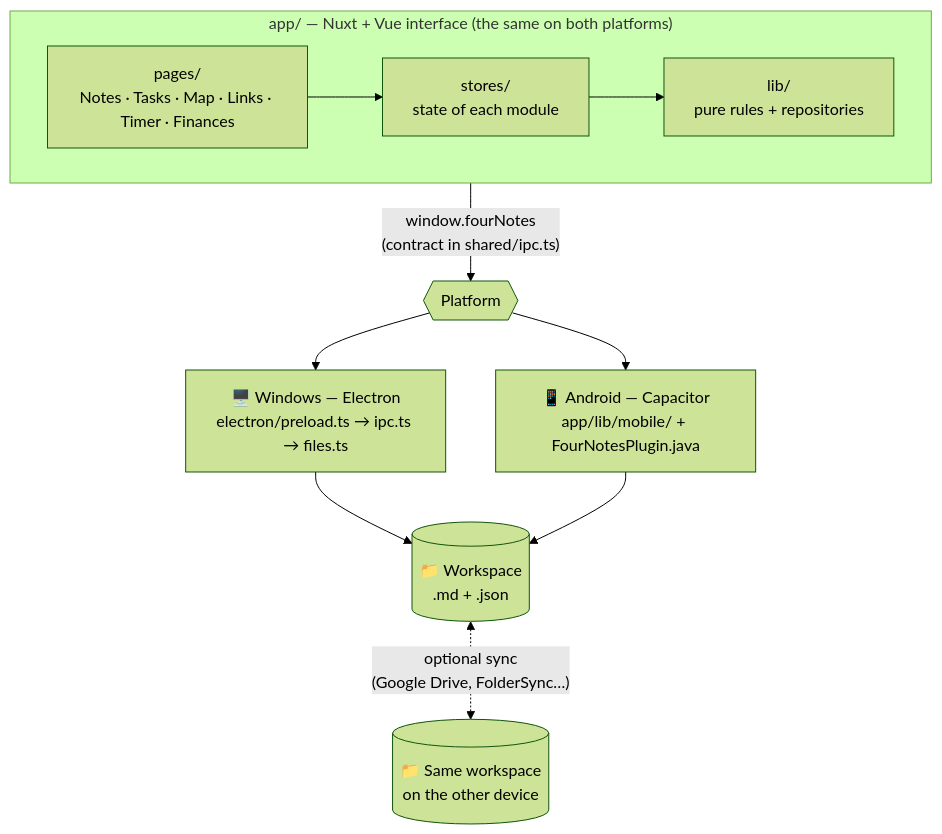
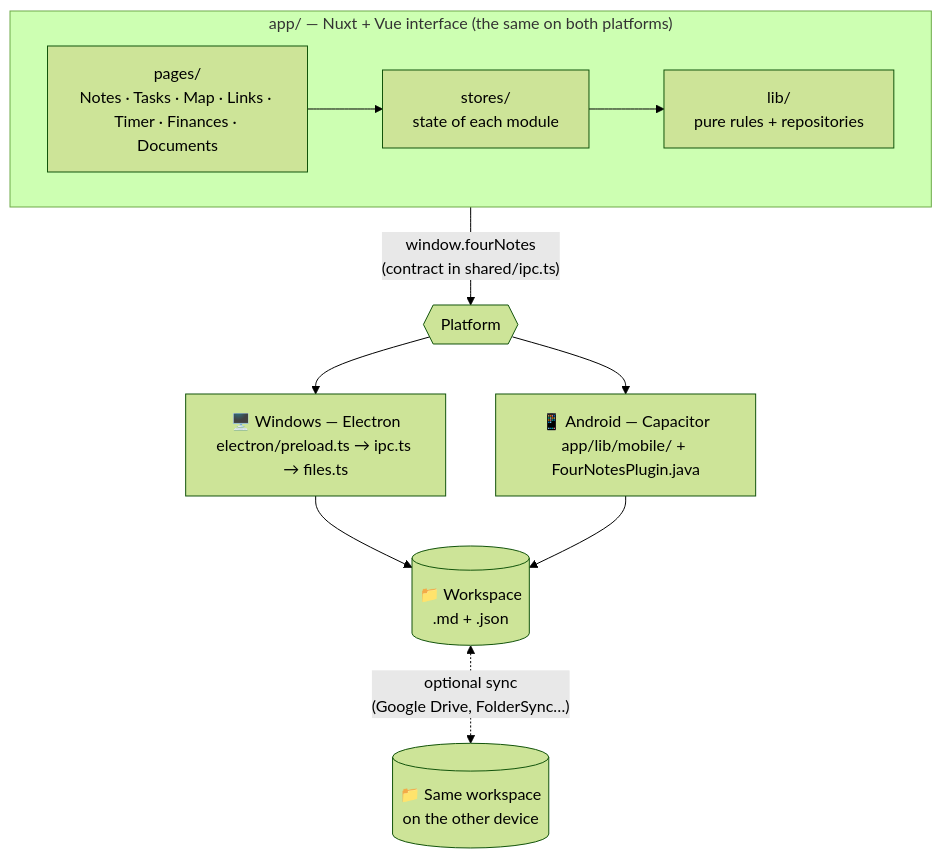
Before and after one commit to 4kauanmota/4notes-app: the first of 2 diagrams in README.md, drawn with Mermaid (forest theme). The commit also changed other lines of this file and 64 other files, not shown here.

````diff
--- a/README.md
+++ b/README.md
@@ -206,18 +225,18 @@
 ```mermaid
 flowchart TB
     subgraph UI["app/ — Nuxt + Vue interface (the same on both platforms)"]
         direction LR
-        P["pages/<br/>Notes · Tasks · Map · Links · Timer · Finances"] --> S["stores/<br/>state of each module"]
+        P["pages/<br/>Notes · Tasks · Map · Links · Timer · Finances · Documents"] --> S["stores/<br/>state of each module"]
         S --> L["lib/<br/>pure rules + repositories"]
     end
 
     L -- "window.fourNotes<br/>(contract in shared/ipc.ts)" --> API{{"Platform"}}
 
     API --> E["🖥️ Windows — Electron<br/>electron/preload.ts → ipc.ts → files.ts"]
     API --> M["📱 Android — Capacitor<br/>app/lib/mobile/ + FourNotesPlugin.java"]
 
     E --> W[("📁 Workspace<br/>.md + .json")]
     M --> W
 
     W <-. "optional sync<br/>(Google Drive, FolderSync…)" .-> W2[("📁 Same workspace<br/>on the other device")]
 ```
````
